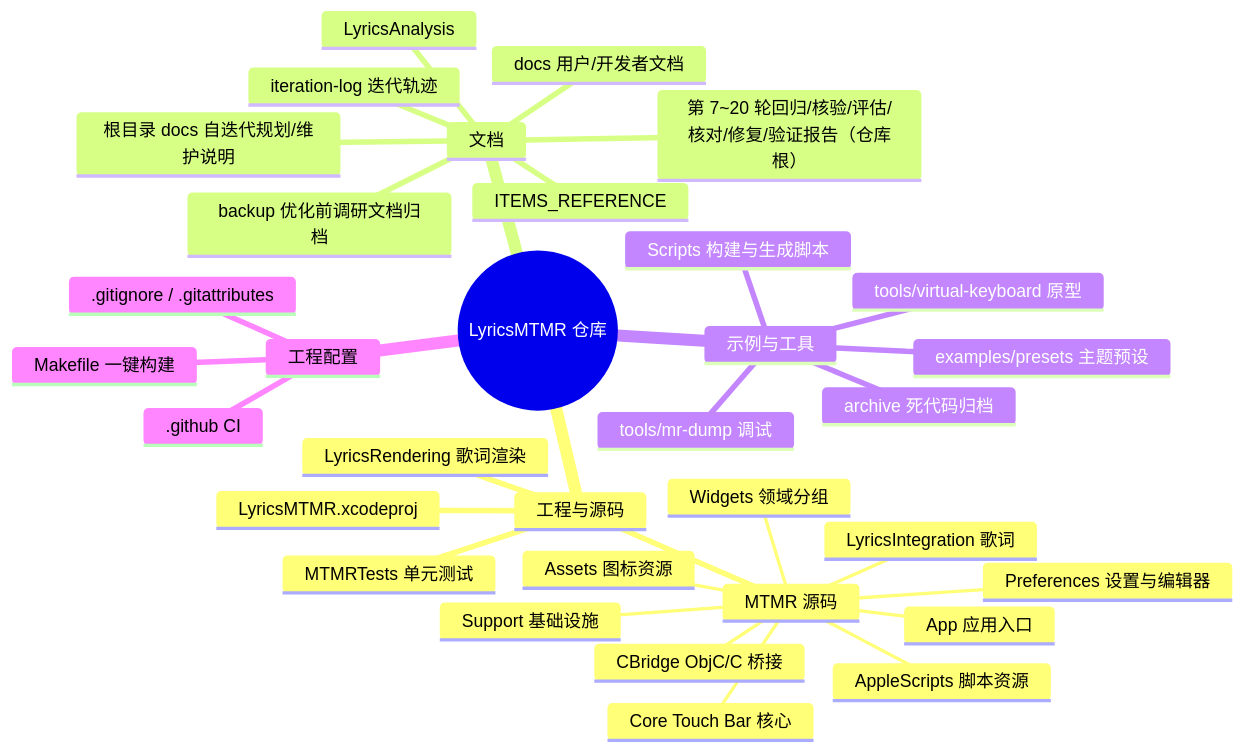
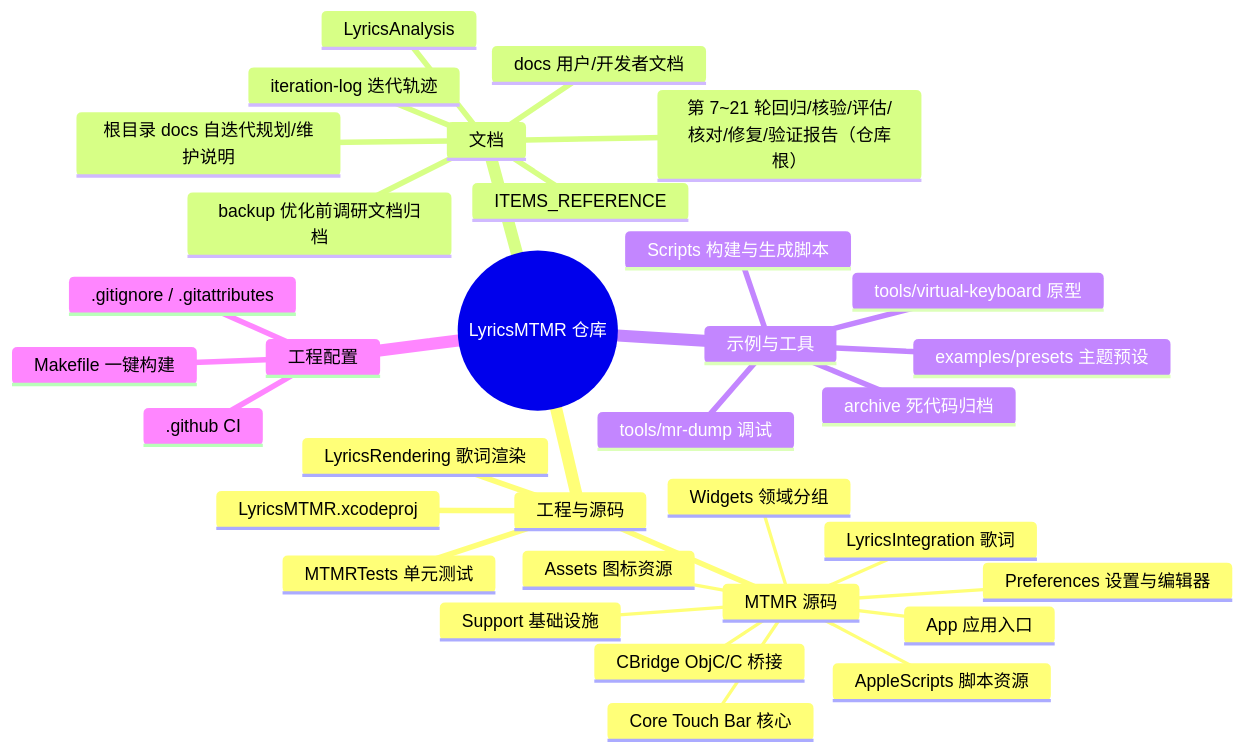
Before and after one commit to Tangzishun-Li/LyricsMTMR: the first of 2 diagrams in LyricsMTMR/docs/file-structure.zh.md, drawn with Mermaid. The commit also changed other lines of this file and 3 other files, not shown here.

````diff
--- a/LyricsMTMR/docs/file-structure.zh.md
+++ b/LyricsMTMR/docs/file-structure.zh.md
@@ -10,36 +10,36 @@
 ```mermaid
 mindmap
   root((LyricsMTMR 仓库))
     工程与源码
       LyricsMTMR.xcodeproj
       MTMR 源码
         App 应用入口
         Core Touch Bar 核心
         Support 基础设施
         Widgets 领域分组
         Preferences 设置与编辑器
         LyricsIntegration 歌词
         CBridge ObjC/C 桥接
         AppleScripts 脚本资源
         Assets 图标资源
       LyricsRendering 歌词渲染
       MTMRTests 单元测试
     文档
       docs 用户/开发者文档
       ITEMS_REFERENCE
       LyricsAnalysis
       backup 优化前调研文档归档
       iteration-log 迭代轨迹
       根目录 docs 自迭代规划/维护说明
-      第 7~20 轮回归/核验/评估/核对/修复/验证报告（仓库根）
+      第 7~21 轮回归/核验/评估/核对/修复/验证报告（仓库根）
     示例与工具
       examples/presets 主题预设
       tools/mr-dump 调试
       tools/virtual-keyboard 原型
       Scripts 构建与生成脚本
       archive 死代码归档
     工程配置
       .github CI
       .gitignore / .gitattributes
       Makefile 一键构建
 ```
````
